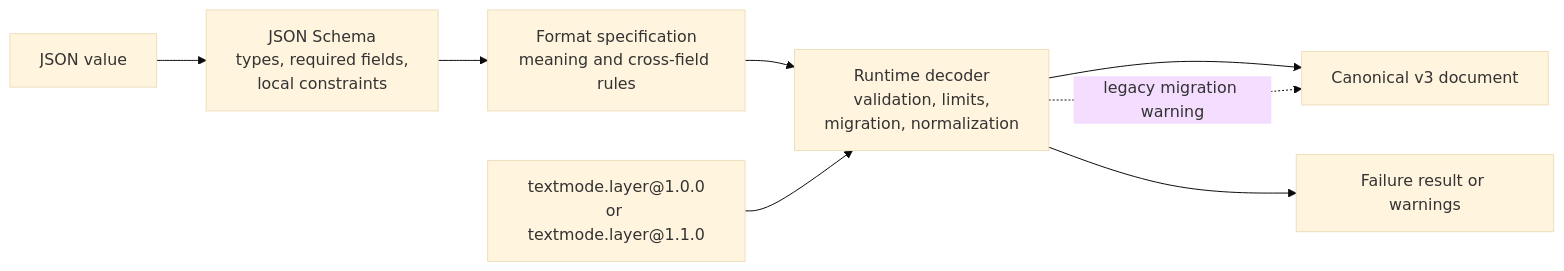
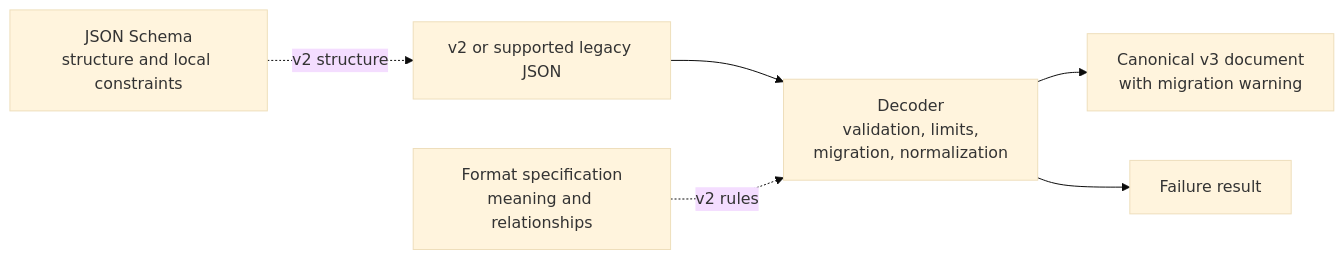
The sixth of 6 diagrams in docs/schema-2.0.md (humanbydefinition/textmode-document), drawn with Mermaid (base theme) before and after one commit. The commit also changed other lines of this file and 1 other file, not shown here.

````diff
--- a/docs/schema-2.0.md
+++ b/docs/schema-2.0.md
@@ -228,11 +208,8 @@
 ```mermaid
 flowchart LR
-    Input["JSON value"] --> Schema["JSON Schema<br/>types, required fields,<br/>local constraints"]
-    Schema --> Spec["Format specification<br/>meaning and cross-field rules"]
-    Spec --> Decoder["Runtime decoder<br/>validation, limits,<br/>migration, normalization"]
-    Decoder --> Canonical["Canonical v3 document"]
-    Decoder --> Error["Failure result or warnings"]
-
-    Legacy["textmode.layer@1.0.0<br/>or textmode.layer@1.1.0"] --> Decoder
-    Decoder -. "legacy migration warning" .-> Canonical
+    Input["v2 or supported legacy JSON"] --> Decoder["Decoder<br/>validation, limits,<br/>migration, normalization"]
+    Decoder --> Canonical["Canonical v3 document<br/>with migration warning"]
+    Decoder --> Error["Failure result"]
+    Schema["JSON Schema<br/>structure and local constraints"] -. "v2 structure" .-> Input
+    Spec["Format specification<br/>meaning and relationships"] -. "v2 rules" .-> Decoder
 ```
````
